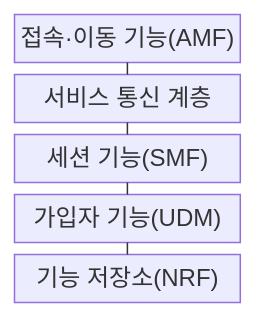
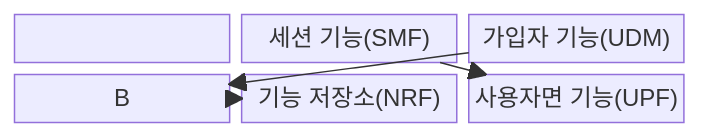
Before and after one commit to agnusdei1207/knowledge-base: the first of 2 diagrams in src/content/docs/notes/04-network/038_5g_core_sba.md, drawn with Mermaid. The commit also changed other lines of this file and 20 other files, not shown here.

````diff
--- a/src/content/docs/notes/04-network/038_5g_core_sba.md
+++ b/src/content/docs/notes/04-network/038_5g_core_sba.md
@@ -50,13 +50,8 @@
 ```mermaid
-block-beta
-    columns 1
-    A["접속·이동 기능(AMF)"]
-    B["서비스 통신 계층"]
-    C["세션 기능(SMF)"]
-    D["가입자 기능(UDM)"]
-    E["기능 저장소(NRF)"]
-    A --- B
-    B --- C
-    C --- D
-    D --- E
+block
+    columns 3
+    A["접속·이동 기능(AMF)"] --> B["서비스 통신 계층"] --> C["세션 기능(SMF)"]
+    D["가입자 기능(UDM)"] --> B
+    E["기능 저장소(NRF)"] --> B
+    C --> F["사용자면 기능(UPF)"]
 ```
````
